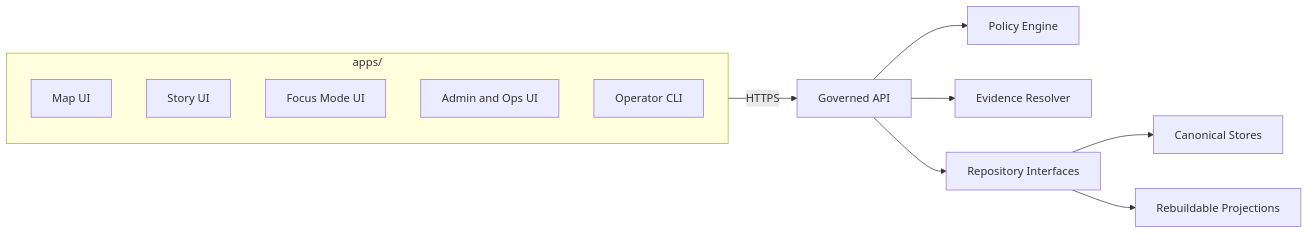
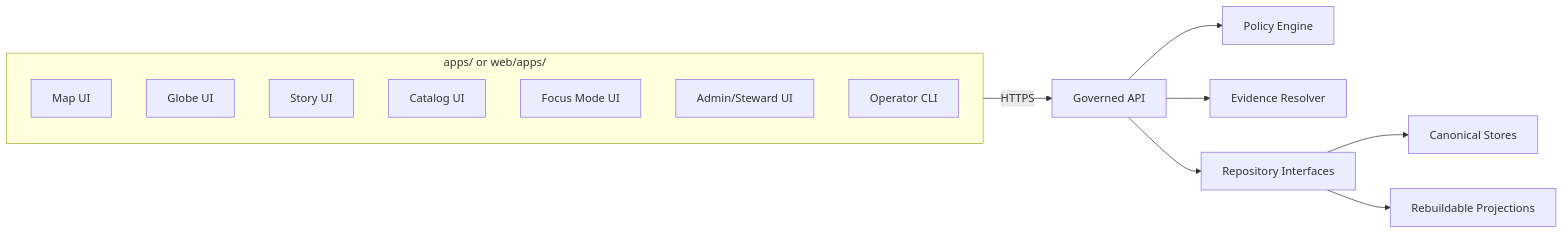
The first of 2 diagrams in apps/README.md (bartytime4life/Kansas-Frontier-Matrix), drawn with Mermaid before and after one commit. The commit also changed other lines of this file, not shown here.

````diff
--- a/apps/README.md
+++ b/apps/README.md
@@ -182,17 +239,19 @@
 ```mermaid
 flowchart LR
-  subgraph Apps["apps/"]
+  subgraph Apps["apps/ or web/apps/"]
     Map["Map UI"]
+    Globe["Globe UI"]
     Story["Story UI"]
+    Catalog["Catalog UI"]
     Focus["Focus Mode UI"]
-    Admin["Admin and Ops UI"]
+    Admin["Admin/Steward UI"]
     CLI["Operator CLI"]
   end
 
   Apps -->|HTTPS| API["Governed API"]
   API --> Policy["Policy Engine"]
   API --> Evidence["Evidence Resolver"]
   API --> Repos["Repository Interfaces"]
   Repos --> Canon["Canonical Stores"]
   Repos --> Proj["Rebuildable Projections"]
 ```
````
